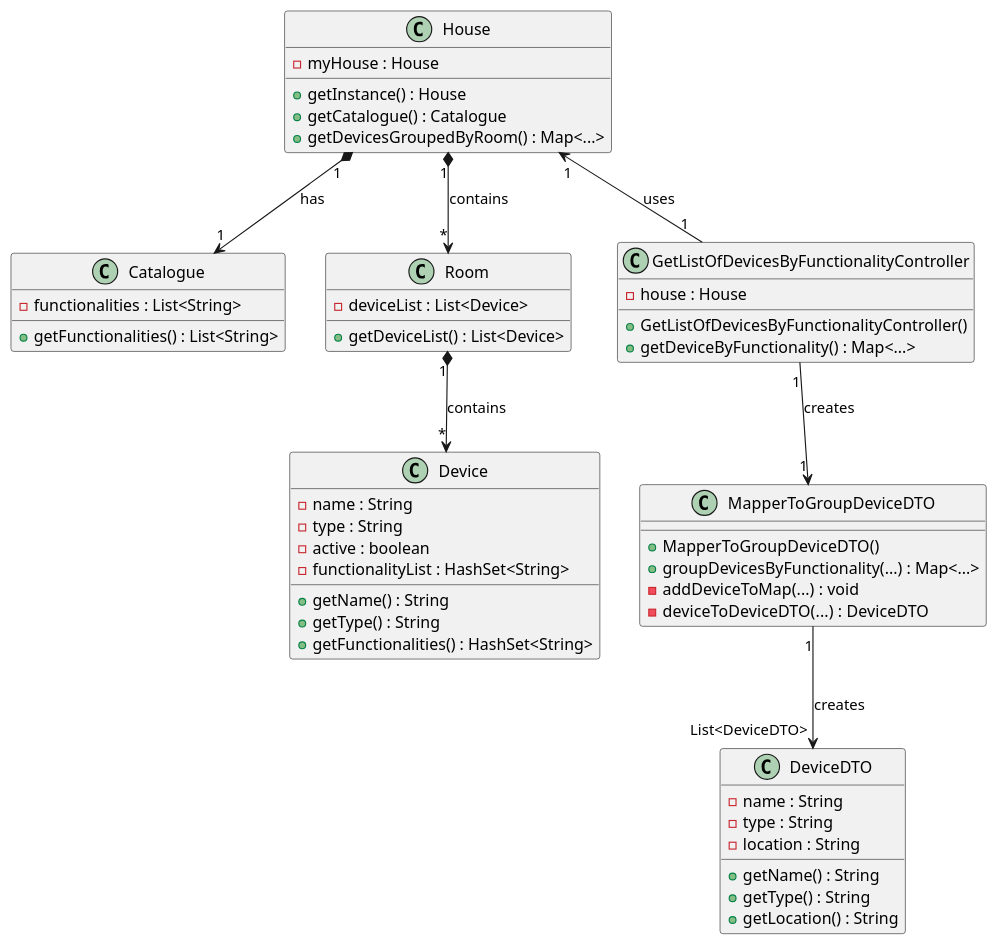
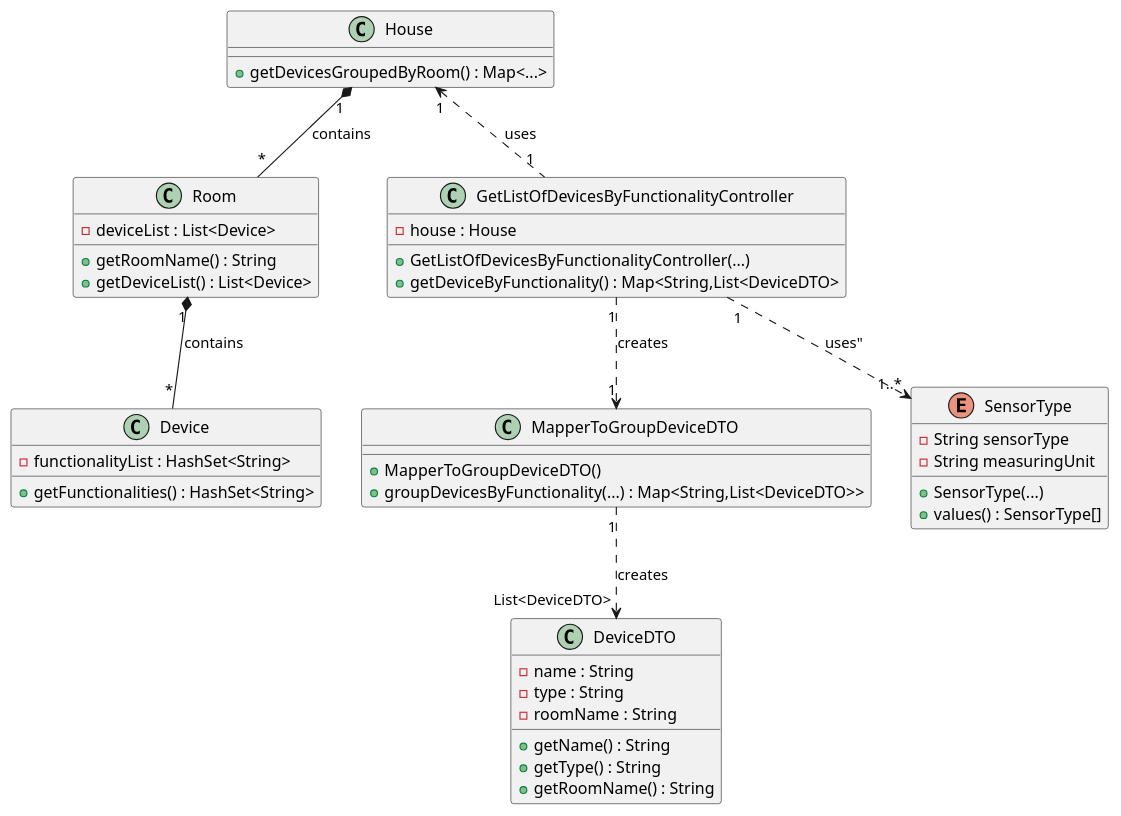
The diagram in projetoIntermedio/docs/class/useCase/UC09/UC09.puml (ozepedrorodrigues/projetoIntermedio), drawn with PlantUML before and after one commit. The commit also changed 16 other files, not shown here.

Commit message:
US09 controller (methods, tests, javadoc), sequence diagrams, class diagrams, SensorFactoryImp, and US25

```diff
--- a/projetoIntermedio/docs/class/useCase/UC09/UC09.puml
+++ b/projetoIntermedio/docs/class/useCase/UC09/UC09.puml
@@ -1,63 +1,53 @@
 @startuml
 
 class House {
-  - myHouse : House
-
-  + getInstance() : House
-  + getCatalogue() : Catalogue
   + getDevicesGroupedByRoom() : Map<...>
-}
-
-class Catalogue {
-  - functionalities : List<String>
-  + getFunctionalities() : List<String>
 }
 
 class Room {
   - deviceList : List<Device>
+  + getRoomName() : String
   + getDeviceList() : List<Device>
 }
 
 class Device {
-  - name : String
-  - type : String
-  - active : boolean
   - functionalityList : HashSet<String>
-
-  + getName() : String
-  + getType() : String
   + getFunctionalities() : HashSet<String>
 }
 
 class GetListOfDevicesByFunctionalityController {
   - house : House
-
-  + GetListOfDevicesByFunctionalityController()
-  + getDeviceByFunctionality() : Map<...>
+  + GetListOfDevicesByFunctionalityController(...)
+  + getDeviceByFunctionality() : Map<String,List<DeviceDTO>
 }
 
 class MapperToGroupDeviceDTO {
-
     + MapperToGroupDeviceDTO()
-    + groupDevicesByFunctionality(...) : Map<...>
-    - addDeviceToMap(...) : void
-    - deviceToDeviceDTO(...) : DeviceDTO
+    + groupDevicesByFunctionality(...) : Map<String,List<DeviceDTO>>
 }
 
 class DeviceDTO {
     - name : String
     - type : String
-    - location : String
+    - roomName : String
     + getName() : String
     + getType() : String
-    + getLocation() : String
+    + getRoomName() : String
 }
 
-House "1" <-- "1" GetListOfDevicesByFunctionalityController : uses
-House "1" *--> "1" Catalogue : has
-House "1" *--> "*" Room : contains
-Room "1" *--> "*" Device : contains
-GetListOfDevicesByFunctionalityController "1" --> "1" MapperToGroupDeviceDTO : creates
-MapperToGroupDeviceDTO "1" --> "List<DeviceDTO>" DeviceDTO : creates
+enum SensorType {
+- String sensorType
+- String measuringUnit
++ SensorType(...)
++values() : SensorType[]
+}
+
+House "1" <.. "1" GetListOfDevicesByFunctionalityController : uses
+House "1" *-- "*" Room : contains
+Room "1" *-- "*" Device : contains
+
+GetListOfDevicesByFunctionalityController "1" ..> "1" MapperToGroupDeviceDTO : creates
+GetListOfDevicesByFunctionalityController "1" ..> "1..*" SensorType : uses"
+MapperToGroupDeviceDTO "1" ..> "List<DeviceDTO>" DeviceDTO : creates
 
 @enduml
```
